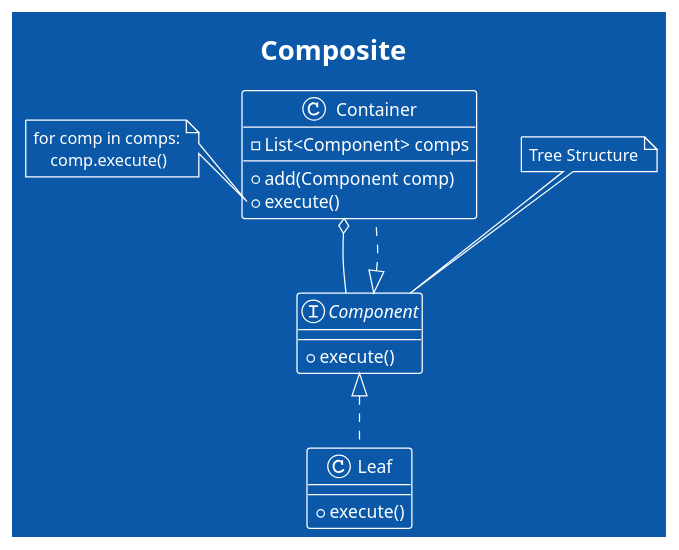
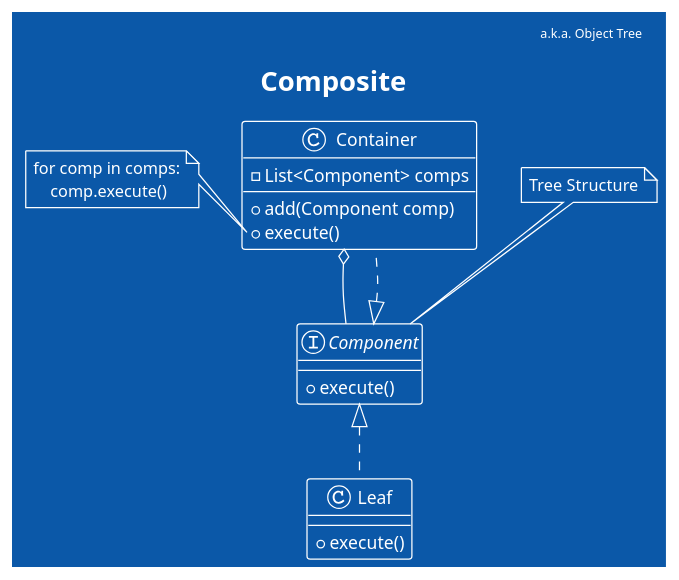
One commit to shuaibird/design-patterns-diagram changed the diagram in structural/composite.wsd. Above: the diagram before and after it, drawn with PlantUML. The commit also changed 4 other files, not shown here.

```diff
--- a/structural/composite.wsd
+++ b/structural/composite.wsd
@@ -1,29 +1,30 @@
 @startuml Composite
 title Composite
+header a.k.a. Object Tree
 !theme amiga
 
 interface Component {
   + execute()
 }
 
 note top of Component
   Tree Structure
 end note
 
 class Leaf implements Component {
   + execute()
 }
 
 class Container implements Component {
   - List<Component> comps
   + add(Component comp)
   + execute()
 }
 
 note left of Container::execute
   for comp in comps:
       comp.execute()
 end note
 
 Container o-- Component
 @enduml
```
